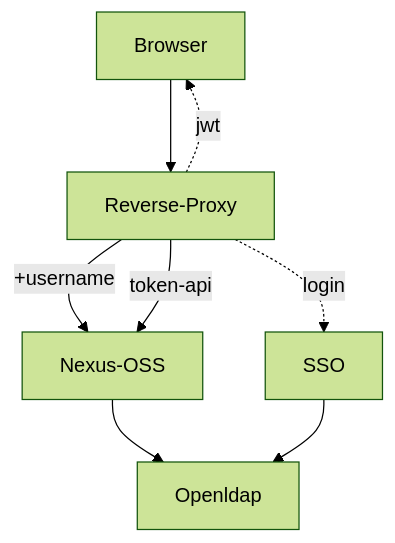
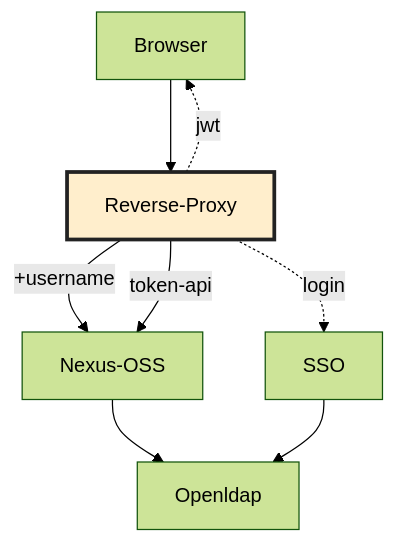
One commit to chdeul/oidc_reverse_proxy changed the diagram in readme.md. Above: the diagram before and after it, drawn with Mermaid (forest theme). The commit also changed other lines of this file, not shown here.

````diff
--- a/readme.md
+++ b/readme.md
@@ -19,10 +19,11 @@
 ```mermaid
 graph TD;
     Browser --> Reverse-Proxy;
     Reverse-Proxy -.->|jwt| Browser;
     Reverse-Proxy -.->|login| SSO;
     Reverse-Proxy --+username--> Nexus-OSS; 
     Reverse-Proxy --token-api--> Nexus-OSS;   
     Nexus-OSS --> Openldap;
     SSO --> Openldap
+    style Reverse-Proxy fill:#fec,stroke:#222,stroke-width:3px
 ```
````
